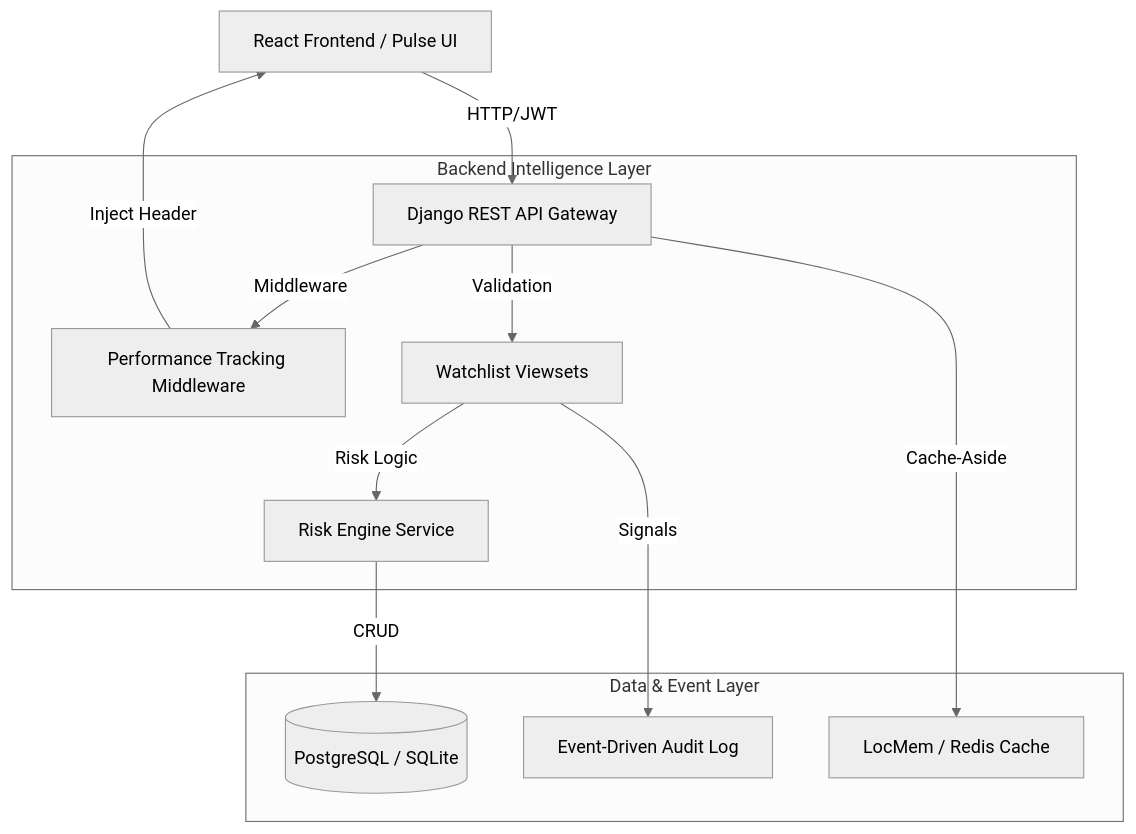
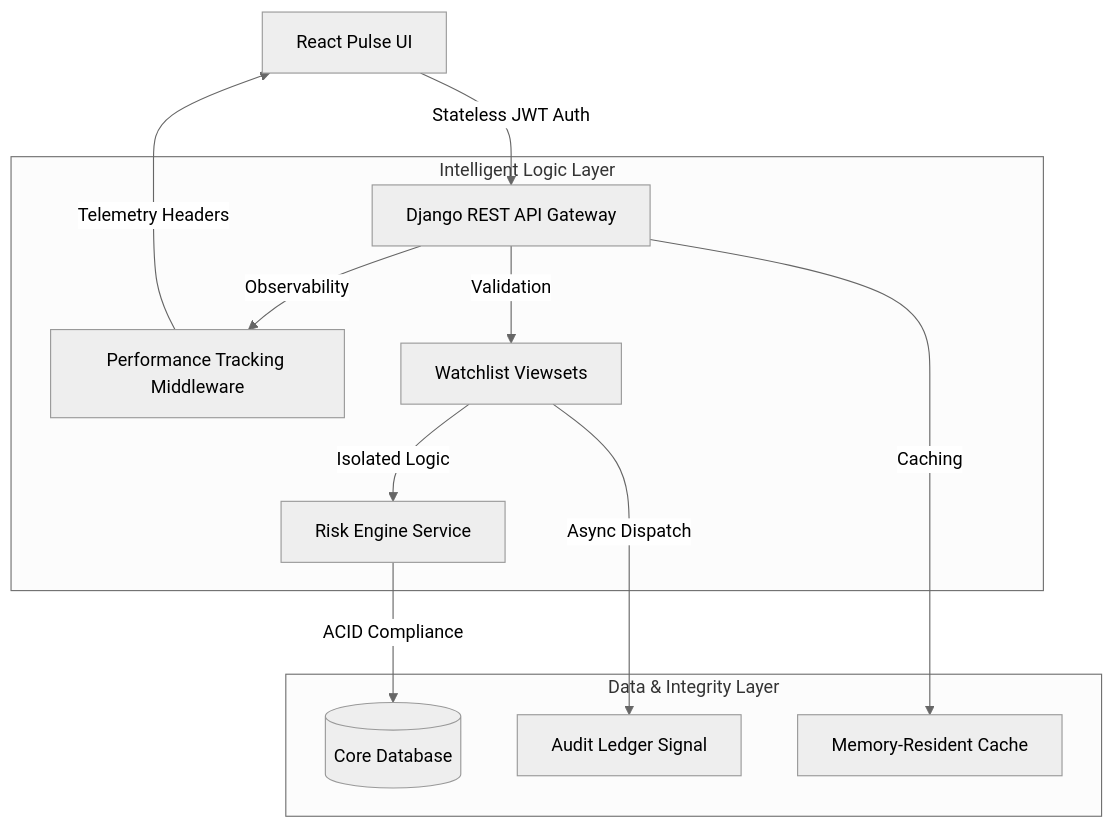
Before and after one commit to ManojKumarC0112/quant-pulse-backend: the diagram in README.md, drawn with Mermaid (neutral theme). The commit also changed other lines of this file, not shown here.

````diff
--- a/README.md
+++ b/README.md
@@ -25,18 +28,18 @@
 ```mermaid
 graph TD
-    Client[React Frontend / Pulse UI] -- HTTP/JWT --> API[Django REST API Gateway]
+    Client[React Pulse UI] -- "Stateless JWT Auth" --> API[Django REST API Gateway]
     
-    subgraph "Backend Intelligence Layer"
-        API -- Middleware --> Telemetry[Performance Tracking Middleware]
-        API -- Validation --> View[Watchlist Viewsets]
-        View -- "Risk Logic" --> Service[Risk Engine Service]
+    subgraph "Intelligent Logic Layer"
+        API -- "Observability" --> Telemetry[Performance Tracking Middleware]
+        API -- "Validation" --> View[Watchlist Viewsets]
+        View -- "Isolated Logic" --> Service[Risk Engine Service]
     end
 
-    subgraph "Data & Event Layer"
-        Service -- CRUD --> DB[(PostgreSQL / SQLite)]
-        View -- Signals --> Audit[Event-Driven Audit Log]
-        API -- Cache-Aside --> Memory[LocMem / Redis Cache]
+    subgraph "Data & Integrity Layer"
+        Service -- "ACID Compliance" --> DB[(Core Database)]
+        View -- "Async Dispatch" --> Audit[Audit Ledger Signal]
+        API -- "Caching" --> Memory[Memory-Resident Cache]
     end
 
-    Telemetry -- "Inject Header" --> Client
+    Telemetry -- "Telemetry Headers" --> Client
 ```
````
